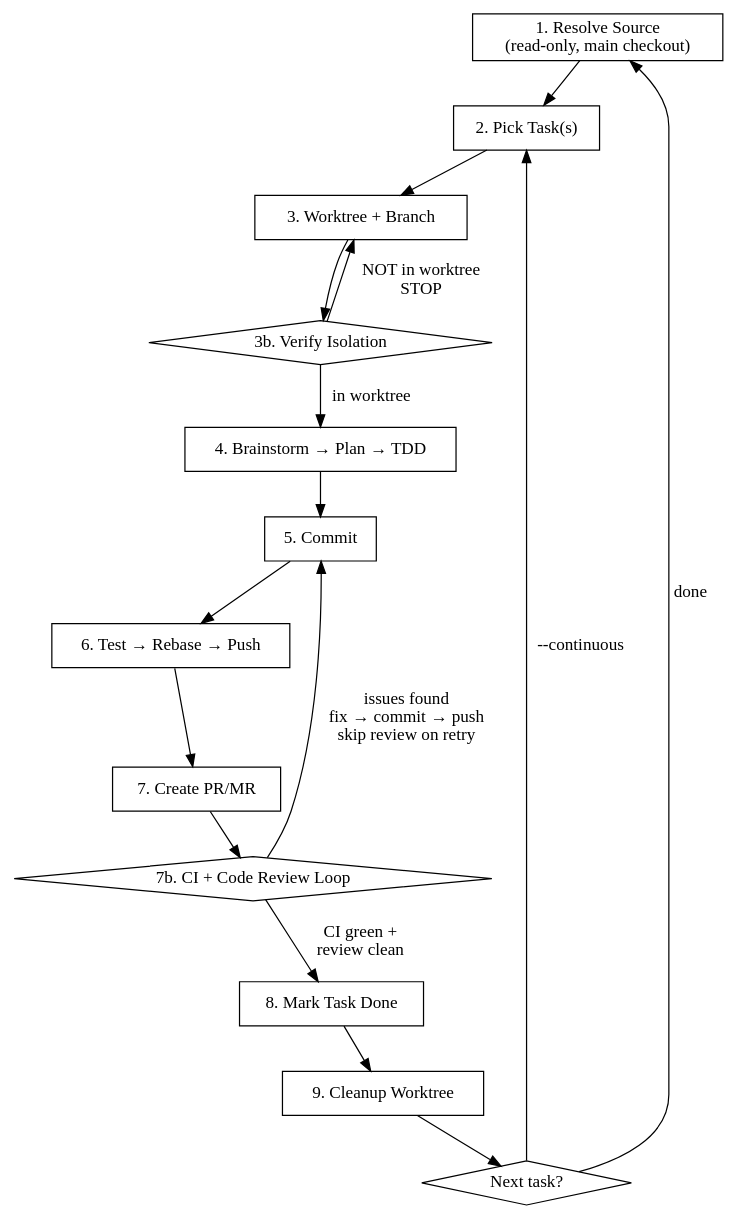
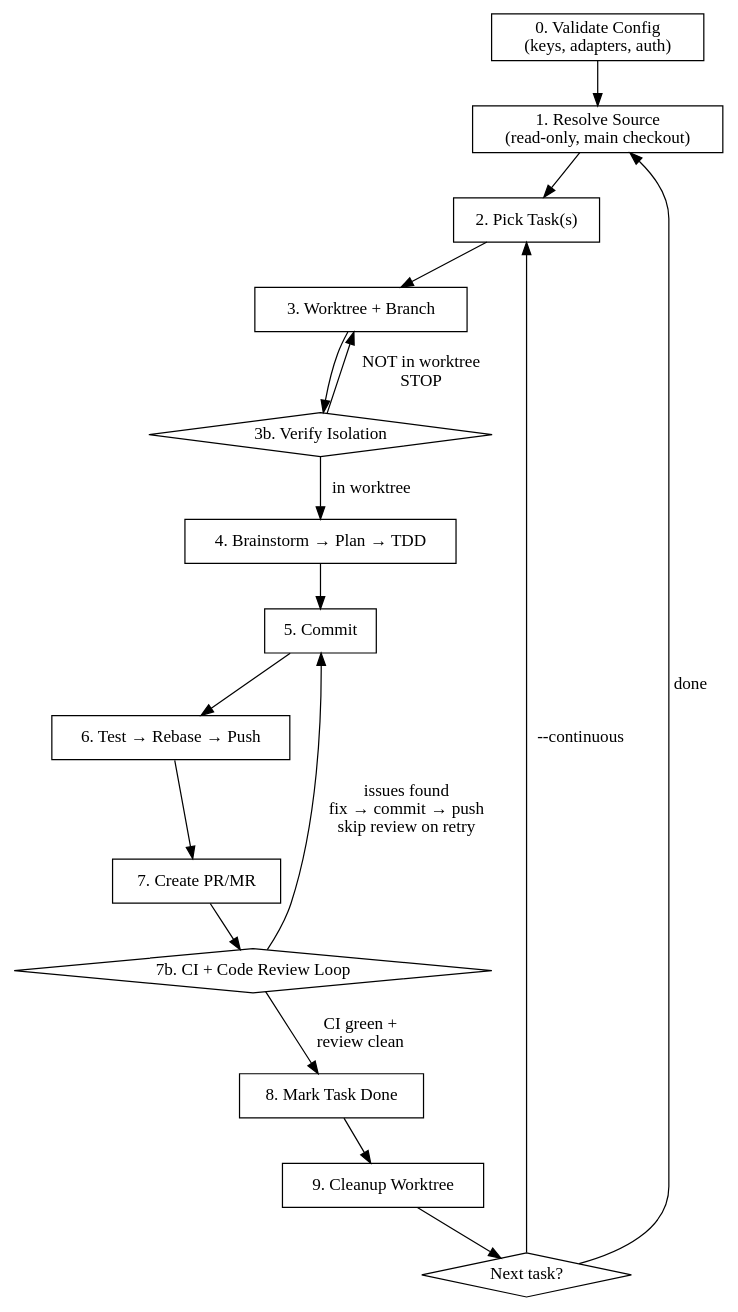
The diagram in plugins/flowyeah/skills/build/SKILL.md (rodrigomanhaes/flowyeah), drawn with Graphviz before and after one commit. The commit also changed other lines of this file and 8 other files, not shown here.

````diff
--- a/plugins/flowyeah/skills/build/SKILL.md
+++ b/plugins/flowyeah/skills/build/SKILL.md
@@ -63,29 +64,30 @@
 ```dot
 digraph pipeline {
     rankdir=TB;
     node [shape=box];
 
+    validate [label="0. Validate Config\n(keys, adapters, auth)"];
     resolve [label="1. Resolve Source\n(read-only, main checkout)"];
     pick [label="2. Pick Task(s)"];
     worktree [label="3. Worktree + Branch"];
     verify_wt [label="3b. Verify Isolation" shape=diamond];
     implement [label="4. Brainstorm → Plan → TDD"];
     commit [label="5. Commit"];
     deliver [label="6. Test → Rebase → Push"];
     pr [label="7. Create PR/MR"];
     ci_loop [label="7b. CI + Code Review Loop" shape=diamond];
     mark [label="8. Mark Task Done"];
     cleanup [label="9. Cleanup Worktree"];
     next [label="Next task?" shape=diamond];
 
-    resolve -> pick -> worktree -> verify_wt;
+    validate -> resolve -> pick -> worktree -> verify_wt;
     verify_wt -> implement [label="in worktree"];
     verify_wt -> worktree [label="NOT in worktree\nSTOP"];
     implement -> commit -> deliver -> pr -> ci_loop;
     ci_loop -> commit [label="issues found\nfix → commit → push\nskip review on retry"];
     ci_loop -> mark [label="CI green +\nreview clean"];
     mark -> cleanup -> next;
     next -> pick [label="--continuous"];
     next -> resolve [label="done"];
 }
 ```
````
